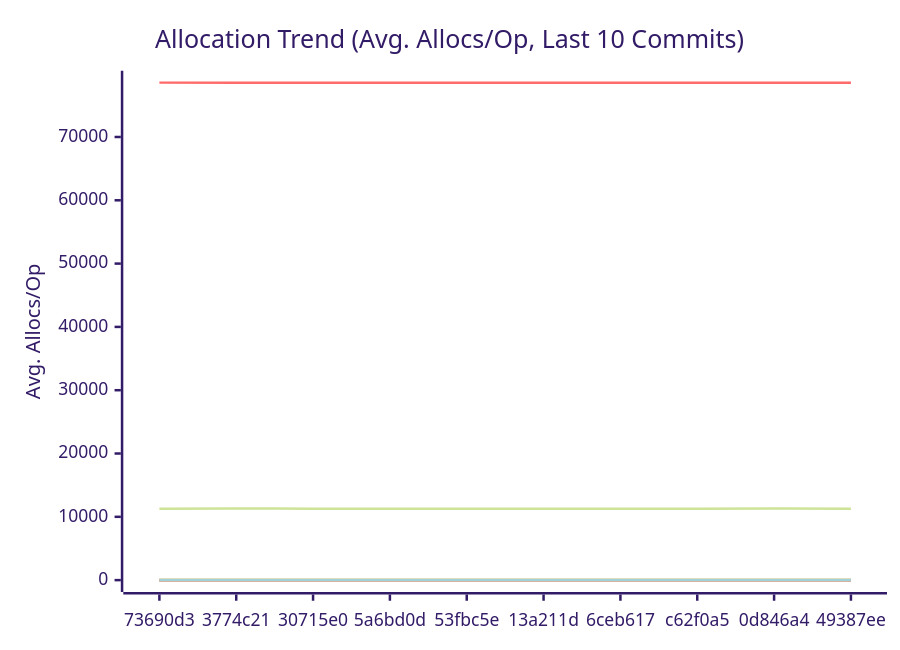
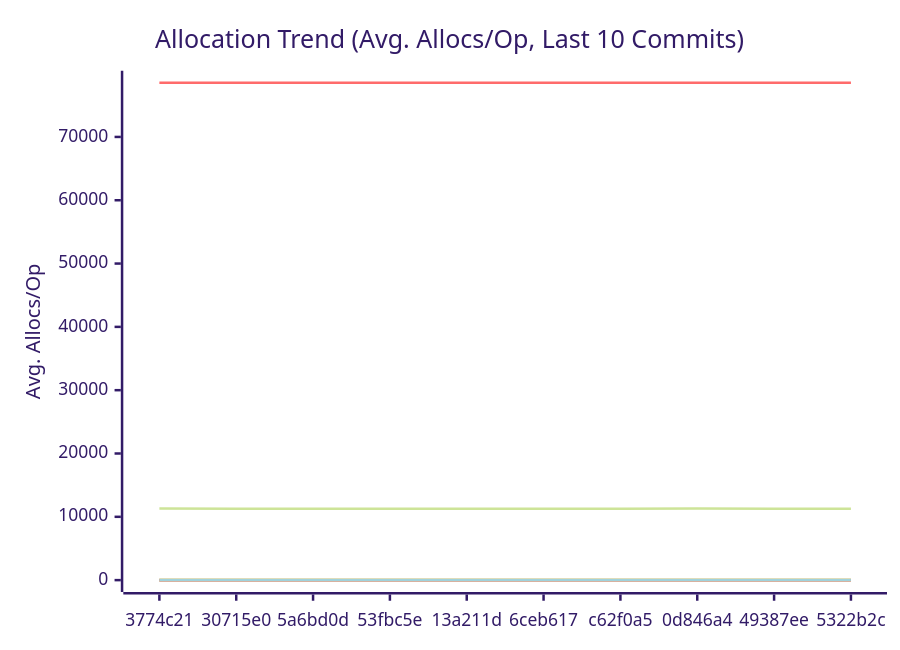
One commit to alsotoes/momo changed the third of 3 diagrams in docs/PERFORMANCE.md. Above: the diagram before and after it, drawn with Mermaid (forest theme). The commit also changed other lines of this file and 4 other files, not shown here.

````diff
--- a/docs/PERFORMANCE.md
+++ b/docs/PERFORMANCE.md
@@ -197,20 +197,20 @@
 ```mermaid
 xychart-beta
     title "Allocation Trend (Avg. Allocs/Op, Last 10 Commits)"
     x-axis "Commit"
     y-axis "Avg. Allocs/Op"
-    x-axis [73690d3,3774c21,30715e0,5a6bd0d,53fbc5e,13a211d,6ceb617,c62f0a5,0d846a4,49387ee]
-    line "AWSChunkedReaderSigned" [11290,11296,11293,11281,11276,11278,11291,11281,11297,11281]
-    line "AWSChunkedReaderUnsigned" [78587,78563,78569,78577,78568,78570,78564,78574,78571,78567]
+    x-axis [3774c21,30715e0,5a6bd0d,53fbc5e,13a211d,6ceb617,c62f0a5,0d846a4,49387ee,5322b2c]
+    line "AWSChunkedReaderSigned" [11296,11293,11281,11276,11278,11291,11281,11297,11281,11264]
+    line "AWSChunkedReaderUnsigned" [78563,78569,78577,78568,78570,78564,78574,78571,78567,78568]
     line "CheckMetricsAndSwap" [0,0,0,0,0,0,0,0,0,0]
     line "CrushOptimized" [0,0,0,0,0,0,0,0,0,0]
     line "CrushOriginal" [3,3,3,3,3,3,3,3,3,3]
     line "IndexDirectTracking" [0,0,0,0,0,0,0,0,0,0]
     line "IndexSearch" [0,0,0,0,0,0,0,0,0,0]
-    line "LoadGlobalConfig" [50,54,54,54,54,54,54,54,54,54]
+    line "LoadGlobalConfig" [54,54,54,54,54,54,54,54,54,54]
     line "PadString" [1,1,1,1,1,1,1,1,1,1]
     line "ParseReplicationOrder_NoPrealloc" [6,6,6,6,6,5,5,5,5,5]
     line "ParseReplicationOrder_Prealloc" [2,2,2,2,2,1,1,1,1,1]
     line "SanitizeLog/Safe" [0,0,0,0,0,0,0,0,0,0]
     line "SanitizeLog/Unsafe" [1,1,1,1,1,1,1,1,1,1]
 ```
````
